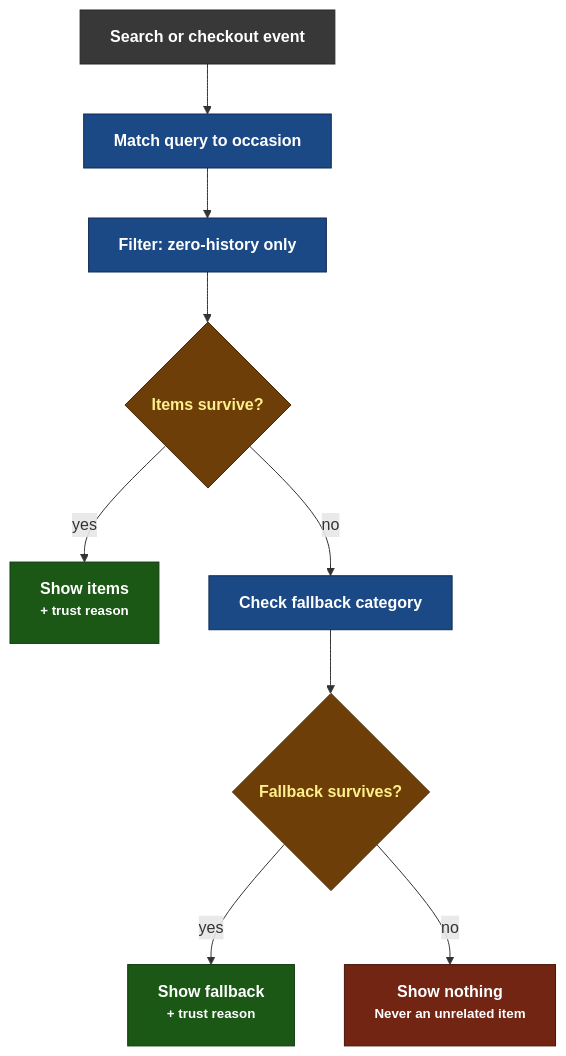
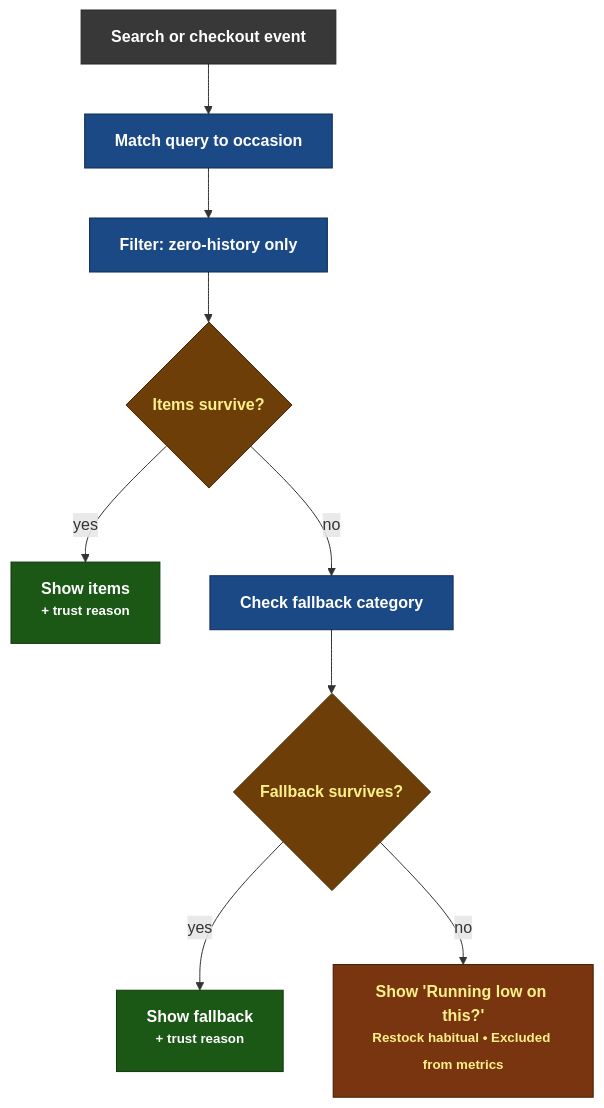
One commit to shivam0752/Blinkit-RDE-MVP-DEMO changed the diagram in RDE Specification.md. Above: the diagram before and after it, drawn with Mermaid. The commit also changed other lines of this file and 8 other files, not shown here.

Commit message:
feat: post-add trigger logic, habitual restock fallback, top-right expandable live insights panel, and spec updates

````diff
--- a/RDE Specification.md
+++ b/RDE Specification.md
@@ -30,23 +30,23 @@
 ```mermaid
 flowchart TD
     A["Search or checkout event"] --> B["Match query to occasion"]
     B --> C["Filter: zero-history only"]
     C --> D{"Items survive?"}
     D -- yes --> E["Show items<br/><sup>+ trust reason</sup>"]
     D -- no --> F["Check fallback category"]
     F --> G{"Fallback survives?"}
     G -- yes --> H["Show fallback<br/><sup>+ trust reason</sup>"]
-    G -- no --> I["Show nothing<br/><sup>Never an unrelated item</sup>"]
+    G -- no --> I["Show 'Running low on this?'<br/><sup>Restock habitual • Excluded from metrics</sup>"]
 
     classDef trigger fill:#383838,stroke:#262626,color:#ffffff,font-weight:bold
     classDef process fill:#1b4985,stroke:#0f2b54,color:#ffffff,font-weight:bold
     classDef decision fill:#6d3e07,stroke:#452703,color:#fef08a,font-weight:bold
     classDef shown fill:#1b5816,stroke:#10380d,color:#ffffff,font-weight:bold
-    classDef nosuggest fill:#722513,stroke:#46160b,color:#ffffff,font-weight:bold
+    classDef restock fill:#78350f,stroke:#451a03,color:#fef08a,font-weight:bold
 
     class A trigger
     class B,C,F process
     class D,G decision
     class E,H shown
-    class I nosuggest
+    class I restock
 ```
````
